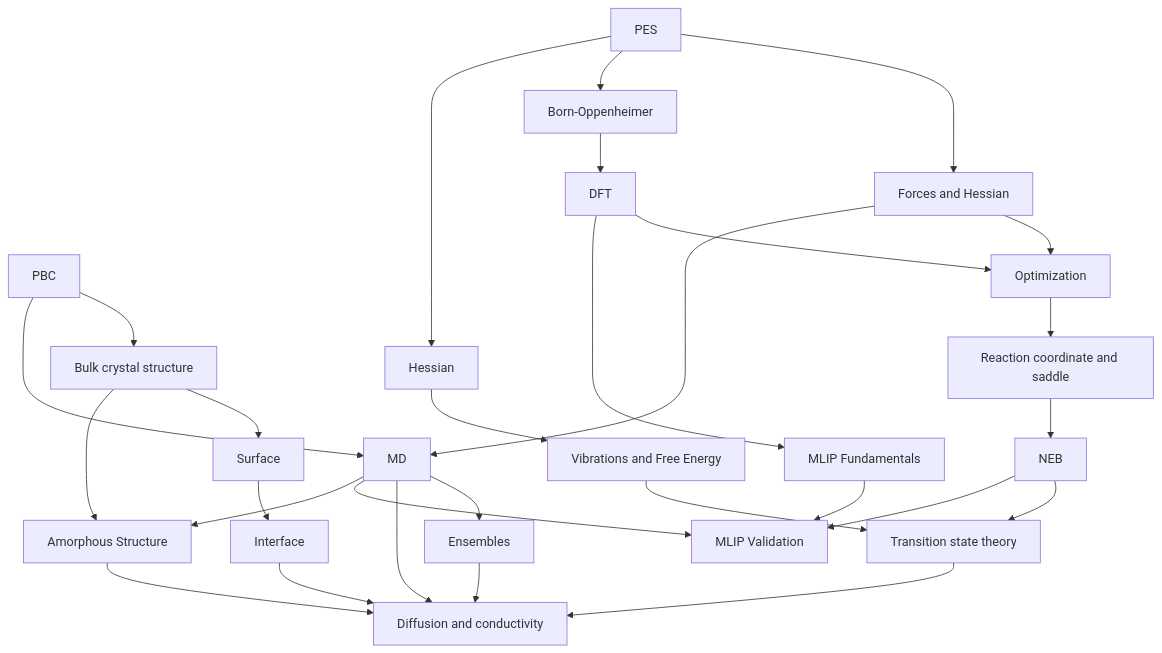
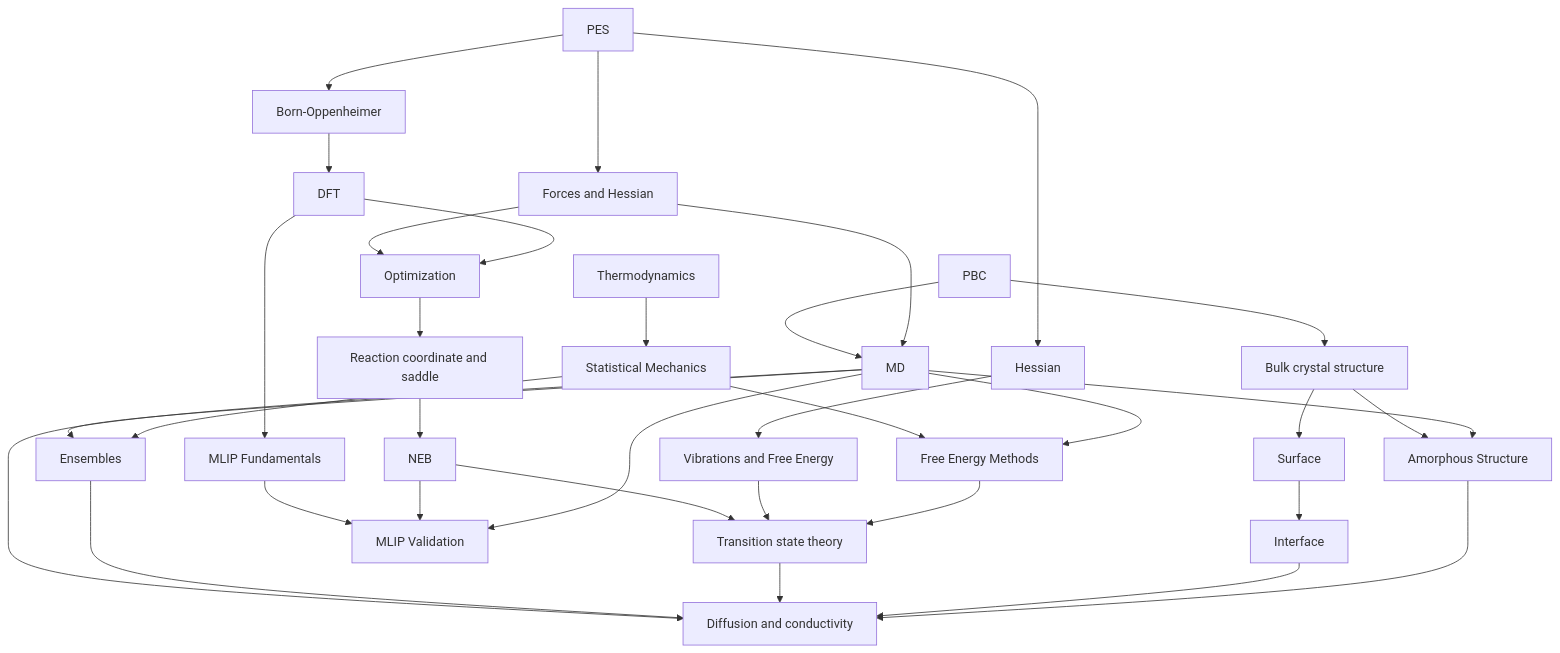
One commit to Long-Brian-Yang/blog changed the diagram in research/computational-materials/README.md. Above: the diagram before and after it, drawn with Mermaid. The commit also changed other lines of this file, not shown here.

Commit message:
docs: add thermodynamics, statistical mechanics and free-energy methods to roadmap

````diff
--- a/research/computational-materials/README.md
+++ b/research/computational-materials/README.md
@@ -31,31 +36,36 @@
 ```mermaid
 flowchart TD
     PES[PES] --> F[Forces and Hessian]
     PES --> BO[Born-Oppenheimer]
     PBC[PBC] --> BULK[Bulk crystal structure]
     BO --> DFT[DFT]
     F --> OPT[Optimization]
     DFT --> OPT
     OPT --> RC[Reaction coordinate and saddle]
     RC --> NEB[NEB]
     NEB --> TST[Transition state theory]
     PBC --> MD[MD]
     F --> MD
     MD --> ENS[Ensembles]
     MD --> DIFF[Diffusion and conductivity]
     ENS --> DIFF
     TST --> DIFF
     BULK --> SURF[Surface]
     SURF --> INT[Interface]
     INT --> DIFF
     FORCE2[Hessian] --> VIB[Vibrations and Free Energy]
     PES --> FORCE2
     VIB --> TST
     DFT --> MLIP[MLIP Fundamentals]
     MLIP --> VALID[MLIP Validation]
     NEB --> VALID
     MD --> VALID
     BULK --> AMORPH[Amorphous Structure]
     MD --> AMORPH
     AMORPH --> DIFF
+    TH[Thermodynamics] --> SM[Statistical Mechanics]
+    SM --> ENS
+    SM --> FE[Free Energy Methods]
+    MD --> FE
+    FE --> TST
 ```
````
